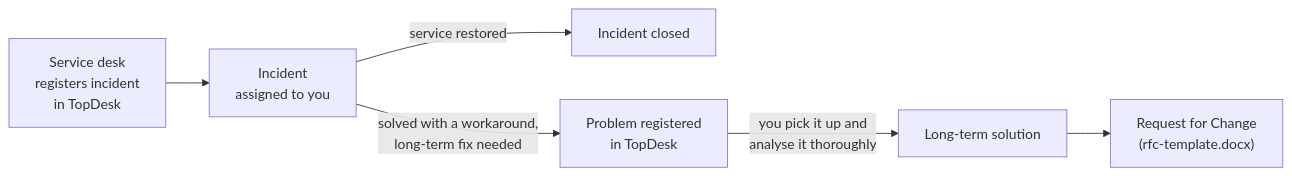
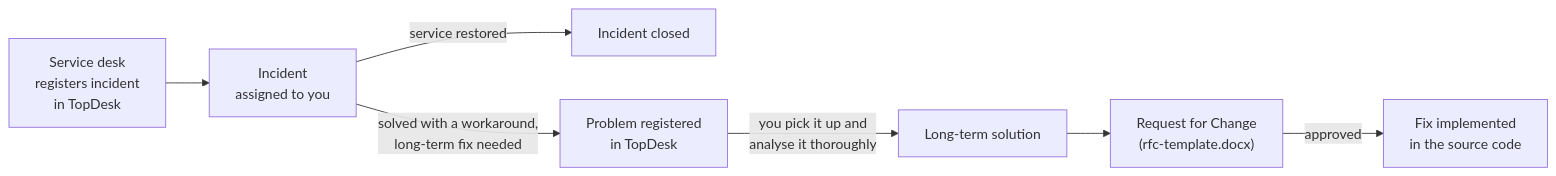
Before and after one commit to wbosland-ict/checkout-service-incident-exercises: the diagram in scenario/00-incident-brief.md, drawn with Mermaid. The commit also changed other lines of this file and 6 other files, not shown here.

````diff
--- a/scenario/00-incident-brief.md
+++ b/scenario/00-incident-brief.md
@@ -11,8 +11,9 @@
 ```mermaid
 flowchart LR
     SD["Service desk<br/>registers incident<br/>in TopDesk"] --> INC["Incident<br/>assigned to you"]
     INC -->|"service restored"| CLOSE["Incident closed"]
     INC -->|"solved with a workaround,<br/>long-term fix needed"| PRB["Problem registered<br/>in TopDesk"]
     PRB -->|"you pick it up and<br/>analyse it thoroughly"| SOL["Long-term solution"]
     SOL --> RFC["Request for Change<br/>(rfc-template.docx)"]
+    RFC -->|"approved"| FIX["Fix implemented<br/>in the source code"]
 ```
````
